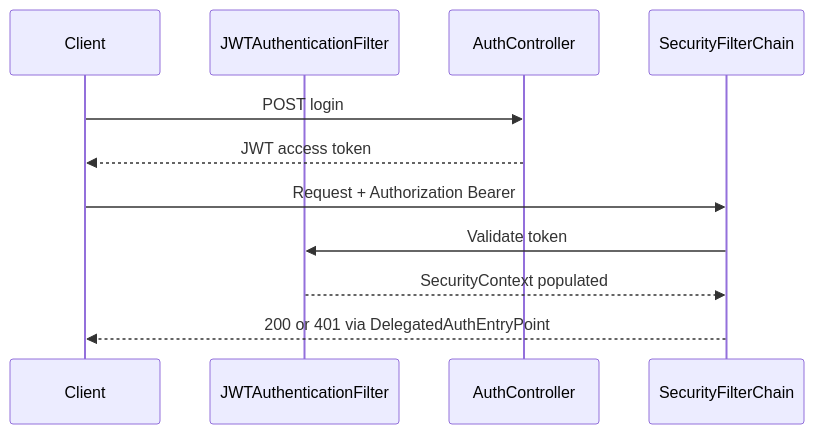
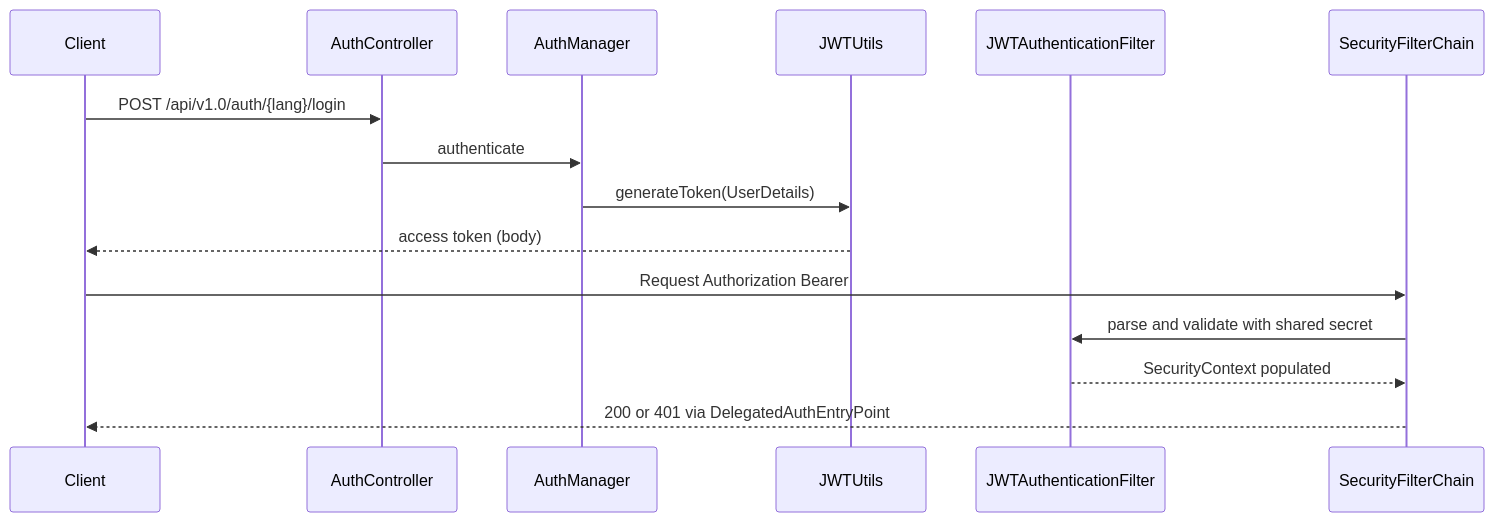
Before and after one commit to fdeniz07/RealEstateBackend: the first of 4 diagrams in docs/03-architecture/security/SECURITY-ARCHITECTURE.md, drawn with Mermaid. The commit also changed other lines of this file and 33 other files, not shown here.

Commit message:
docs(architecture): consolidate architecture documentation baseline

````diff
--- a/docs/03-architecture/security/SECURITY-ARCHITECTURE.md
+++ b/docs/03-architecture/security/SECURITY-ARCHITECTURE.md
@@ -13,13 +27,17 @@
 ```mermaid
 sequenceDiagram
   participant C as Client
+  participant A as AuthController
+  participant AM as AuthManager
+  participant JWT as JWTUtils
   participant F as JWTAuthenticationFilter
-  participant A as AuthController
   participant S as SecurityFilterChain
-  C->>A: POST login
-  A-->>C: JWT access token
-  C->>S: Request + Authorization Bearer
-  S->>F: Validate token
+  C->>A: POST /api/v1.0/auth/{lang}/login
+  A->>AM: authenticate
+  AM->>JWT: generateToken(UserDetails)
+  JWT-->>C: access token (body)
+  C->>S: Request Authorization Bearer
+  S->>F: parse and validate with shared secret
   F-->>S: SecurityContext populated
   S-->>C: 200 or 401 via DelegatedAuthEntryPoint
 ```
````
